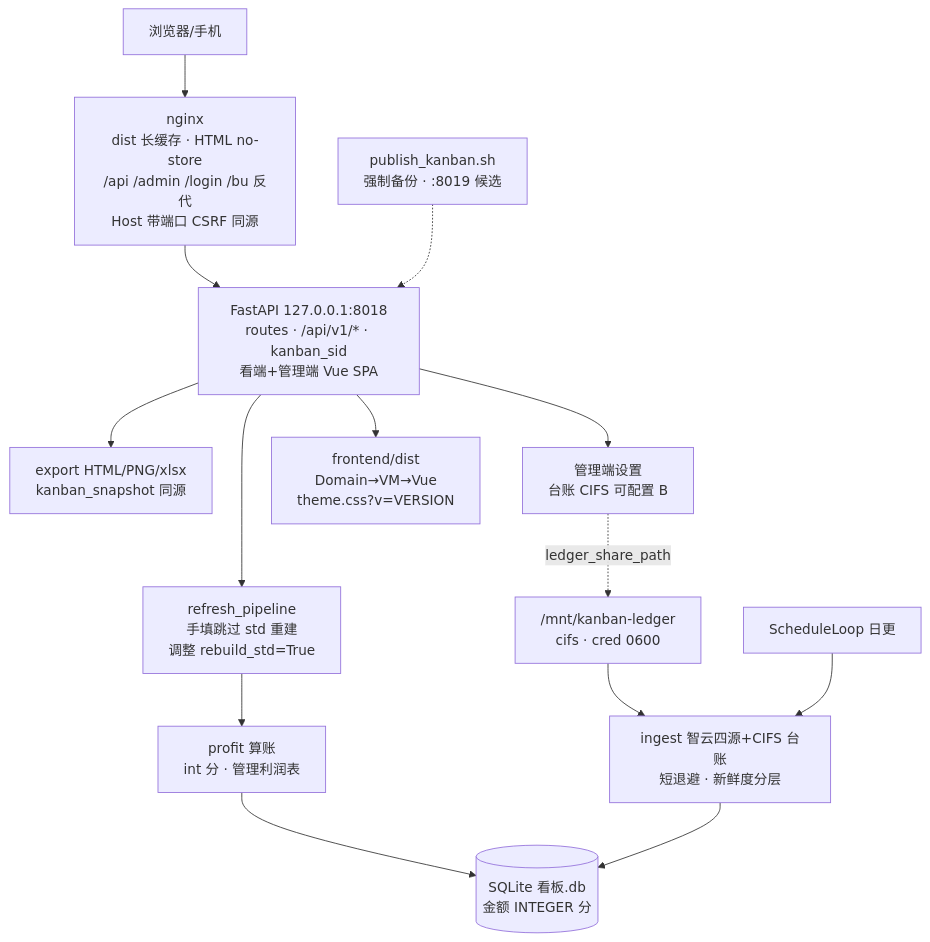
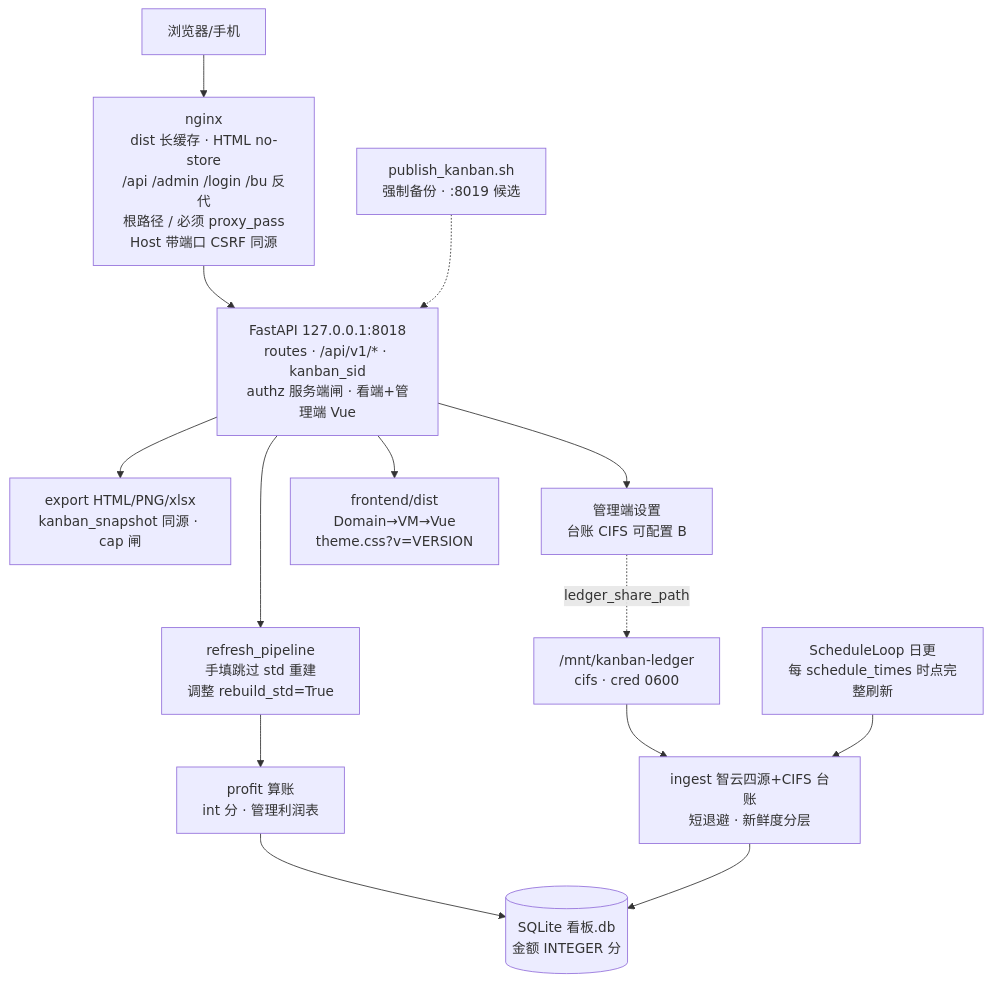
Before and after one commit to EvanLee2004/BI: the diagram in docs/设计图/02_概要设计_系统架构图.mmd, drawn with Mermaid. The commit also changed 24 other files, not shown here.

First line of the commit message:
docs: perfect README + 3.7.19 architecture/auth diagrams

```diff
--- a/docs/设计图/02_概要设计_系统架构图.mmd
+++ b/docs/设计图/02_概要设计_系统架构图.mmd
@@ -1,17 +1,17 @@
-%% 系统架构 · VERSION 3.7.15 · 2026-08-05
+%% 系统架构 · VERSION 3.7.19 · 2026-08-08
 flowchart TB
   U[浏览器/手机] --> NGX
-  NGX["nginx<br/>dist 长缓存 · HTML no-store<br/>/api /admin /login /bu 反代<br/>Host 带端口 CSRF 同源"]
+  NGX["nginx<br/>dist 长缓存 · HTML no-store<br/>/api /admin /login /bu 反代<br/>根路径 / 必须 proxy_pass<br/>Host 带端口 CSRF 同源"]
   NGX --> API
-  API["FastAPI 127.0.0.1:8018<br/>routes · /api/v1/* · kanban_sid<br/>看端+管理端 Vue SPA"]
+  API["FastAPI 127.0.0.1:8018<br/>routes · /api/v1/* · kanban_sid<br/>authz 服务端闸 · 看端+管理端 Vue"]
   API --> RP["refresh_pipeline<br/>手填跳过 std 重建<br/>调整 rebuild_std=True"]
-  API --> EXP["export HTML/PNG/xlsx<br/>kanban_snapshot 同源"]
+  API --> EXP["export HTML/PNG/xlsx<br/>kanban_snapshot 同源 · cap 闸"]
   API --> SET["管理端设置<br/>台账 CIFS 可配置 B"]
   RP --> DOM["profit 算账<br/>int 分 · 管理利润表"]
   DOM --> DB[(SQLite 看板.db<br/>金额 INTEGER 分)]
   ING["ingest 智云四源+CIFS 台账<br/>短退避 · 新鲜度分层"] --> DB
   CIFS["/mnt/kanban-ledger<br/>cifs · cred 0600"] --> ING
   SET -.->|ledger_share_path| CIFS
-  LOOP[ScheduleLoop 日更] --> ING
+  LOOP["ScheduleLoop 日更<br/>每 schedule_times 时点完整刷新"] --> ING
   API --> DIST["frontend/dist<br/>Domain→VM→Vue<br/>theme.css?v=VERSION"]
   PUB["publish_kanban.sh<br/>强制备份 · :8019 候选"] -.-> API
```
